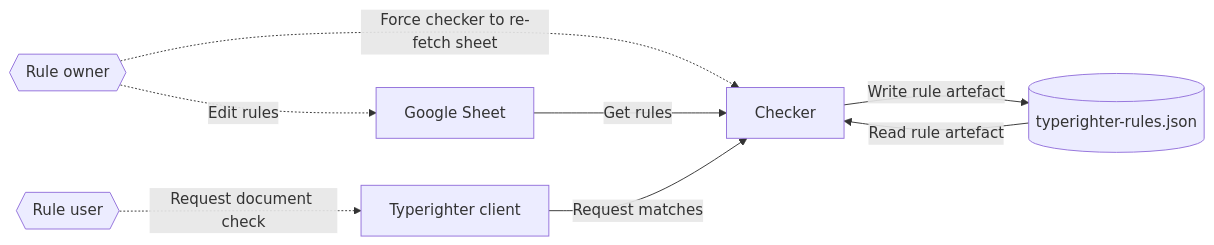
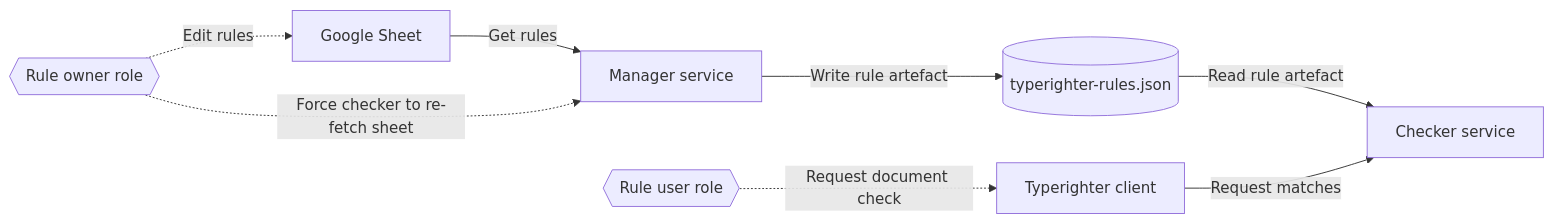
Before and after one commit to guardian/typerighter: the diagram in README.md, drawn with Mermaid.

Commit message:
Update architecture diagram

````diff
--- a/README.md
+++ b/README.md
@@ -33,18 +33,19 @@
 ```mermaid
 flowchart LR
-  checker[Checker]
+  checker[Checker service]
+  manager[Manager service]
   sheet[Google Sheet]
   client[Typerighter client]
   s3[(typerighter-rules.json)]
-  owner{{Rule owner}}
-  user{{Rule user}}
+  owner{{Rule owner role}}
+  user{{Rule user role}}
 
-  sheet--"Get rules"-->checker
-  checker--"Write rule artefact"-->s3
+  sheet--"Get rules"-->manager
+  manager--"Write rule artefact"-->s3
   s3--"Read rule artefact"-->checker
   client--"Request matches"-->checker
 
-  owner-."Force checker to re-fetch sheet".->checker
+  owner-."Force checker to re-fetch sheet".->manager
   user-."Request document check".->client
   owner-."Edit rules".->sheet
 ```
````
